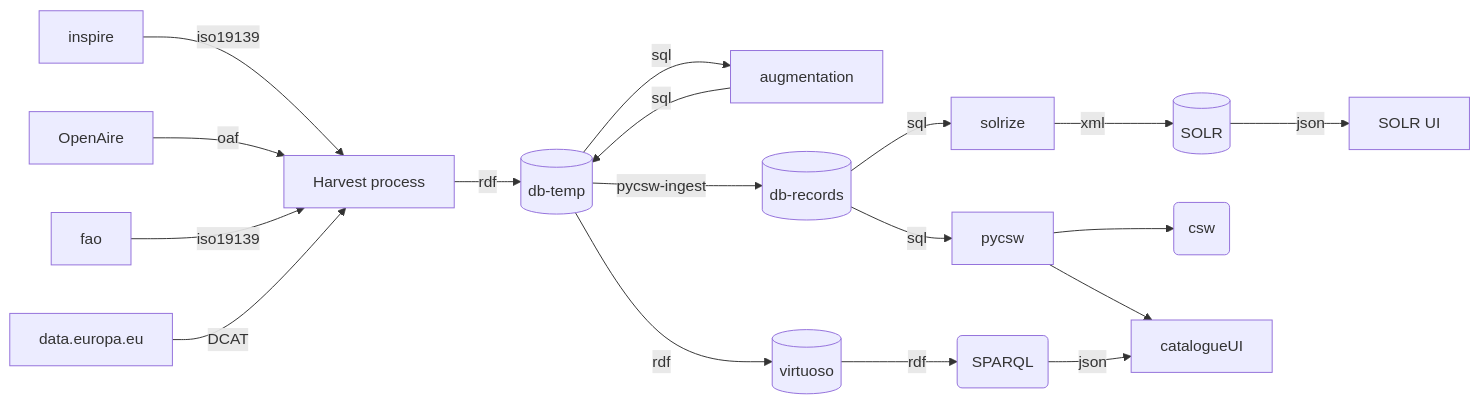
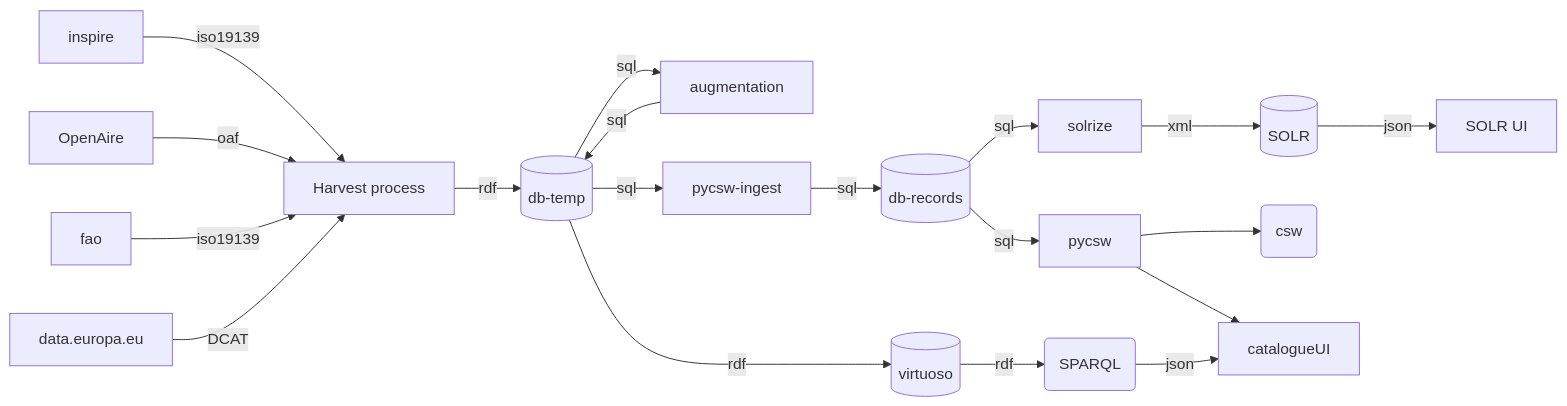
The second of 2 diagrams in README.md (soilwise-he/harvesters), drawn with Mermaid before and after one commit.

````diff
--- a/README.md
+++ b/README.md
@@ -24,20 +24,21 @@
 ```mermaid
 flowchart LR
  i[inspire] -->|iso19139| hc
  o[OpenAire] -->|oaf| hc
  f[fao] -->|iso19139| hc
  de[data.europa.eu] -->|DCAT| hc
  hc[Harvest process] -->|rdf| dbtemp[(db-temp)]
  dbtemp -->|sql| aug[augmentation]
  aug -->|sql| dbtemp
- dbtemp -->|pycsw-ingest| dbrecords[(db-records)]
+ dbtemp -->|sql| pycswingest[pycsw-ingest]
+ pycswingest -->|sql| dbrecords[(db-records)]
  dbrecords -->|sql| solrize
  solrize -->|xml| solr[(SOLR)]
  solr -->|json| solrui[SOLR UI]
  dbrecords -->|sql| pycsw[pycsw]
  pycsw --> csw(csw)
  pycsw --> html[catalogueUI]
  dbtemp -->|rdf| vrt[(virtuoso)]
  vrt -->|rdf| sparql(SPARQL)
  sparql -->|json| html
 ```
````
